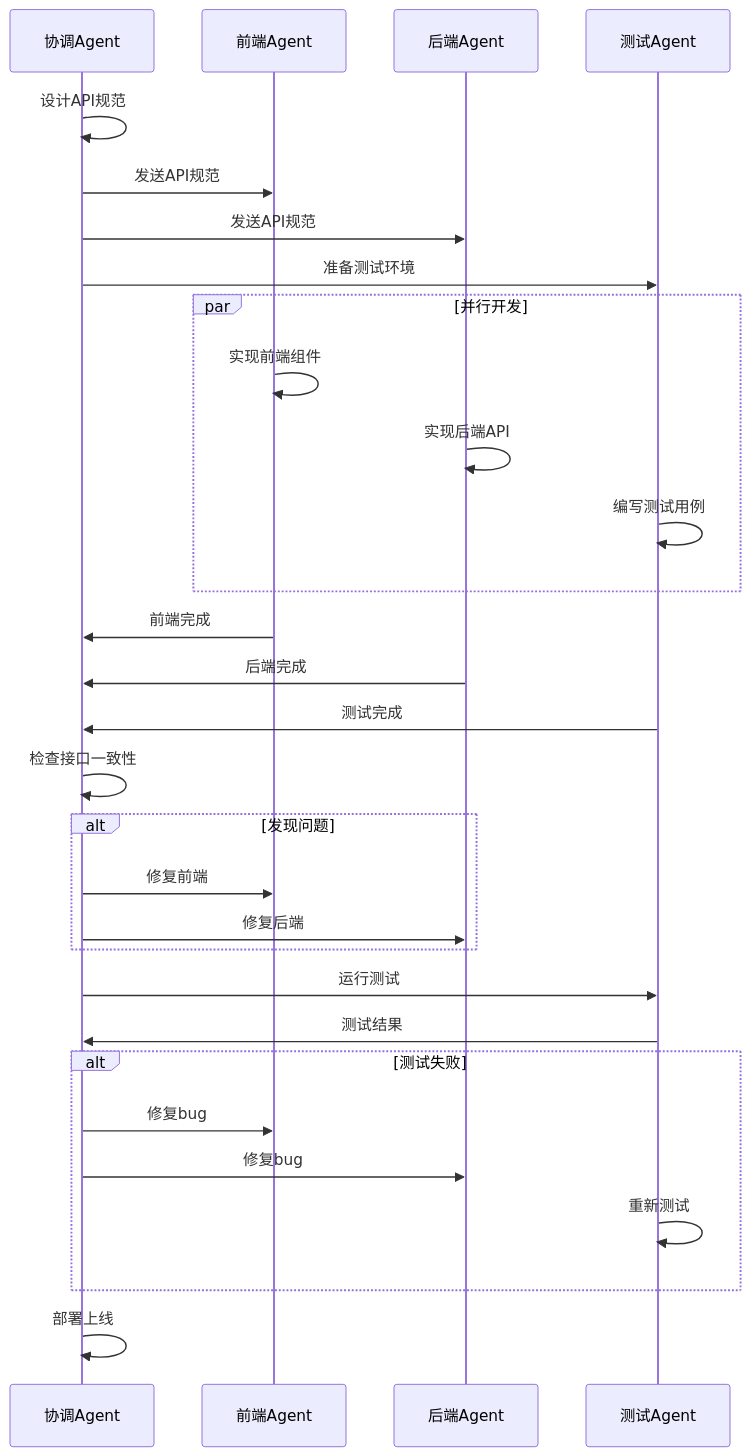
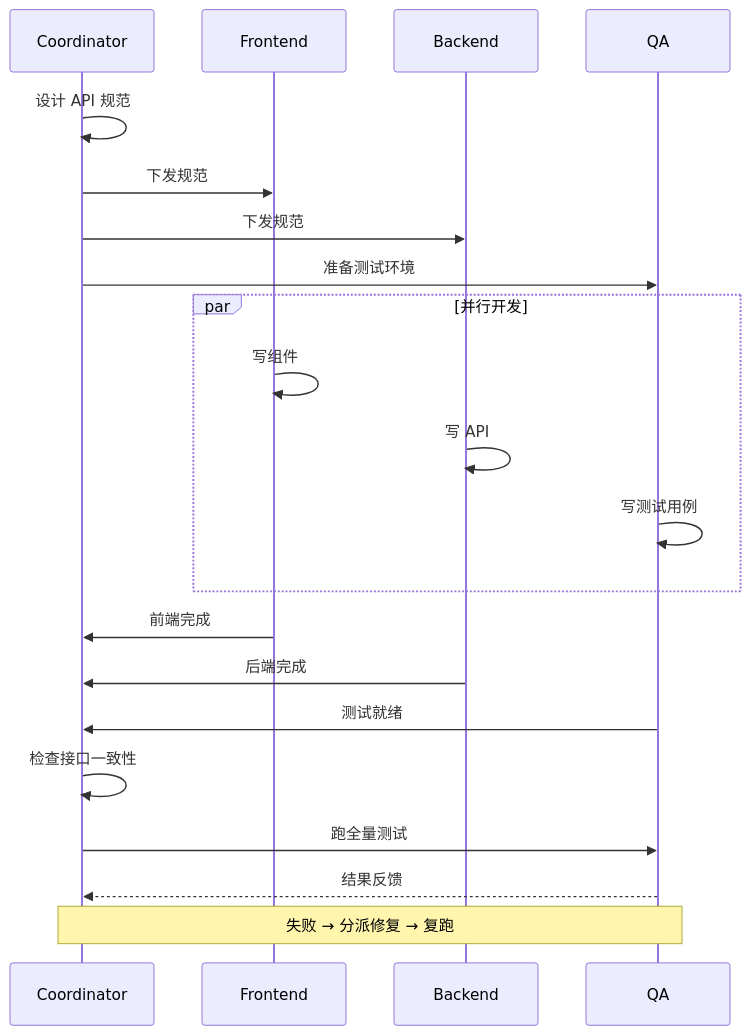
Before and after one commit to microwind/ai-skills: the tenth of 13 diagrams in docs/claude/ClaudeCode实战指南.md, drawn with Mermaid. The commit also changed other lines of this file and 32 other files, not shown here.

````diff
--- a/docs/claude/ClaudeCode实战指南.md
+++ b/docs/claude/ClaudeCode实战指南.md
@@ -2134,38 +1100,24 @@
 ```mermaid
 sequenceDiagram
-    participant Coord as 协调Agent
-    participant Frontend as 前端Agent
-    participant Backend as 后端Agent
-    participant Test as 测试Agent
+    participant Coord as Coordinator
+    participant FE as Frontend
+    participant BE as Backend
+    participant QA as QA
 
-    Coord->>Coord: 设计API规范
-    Coord->>Frontend: 发送API规范
-    Coord->>Backend: 发送API规范
-    Coord->>Test: 准备测试环境
-    
+    Coord->>Coord: 设计 API 规范
+    Coord->>FE: 下发规范
+    Coord->>BE: 下发规范
+    Coord->>QA: 准备测试环境
     par 并行开发
-        Frontend->>Frontend: 实现前端组件
-        Backend->>Backend: 实现后端API
-        Test->>Test: 编写测试用例
+        FE->>FE: 写组件
+        BE->>BE: 写 API
+        QA->>QA: 写测试用例
     end
-    
-    Frontend->>Coord: 前端完成
-    Backend->>Coord: 后端完成
-    Test->>Coord: 测试完成
-    
+    FE->>Coord: 前端完成
+    BE->>Coord: 后端完成
+    QA->>Coord: 测试就绪
     Coord->>Coord: 检查接口一致性
-    alt 发现问题
-        Coord->>Frontend: 修复前端
-        Coord->>Backend: 修复后端
-    end
-    
-    Coord->>Test: 运行测试
-    Test->>Coord: 测试结果
-    alt 测试失败
-        Coord->>Frontend: 修复bug
-        Coord->>Backend: 修复bug
-        Test->>Test: 重新测试
-    end
-    
-    Coord->>Coord: 部署上线
+    Coord->>QA: 跑全量测试
+    QA-->>Coord: 结果反馈
+    Note over Coord,QA: 失败 → 分派修复 → 复跑
 ```
````
